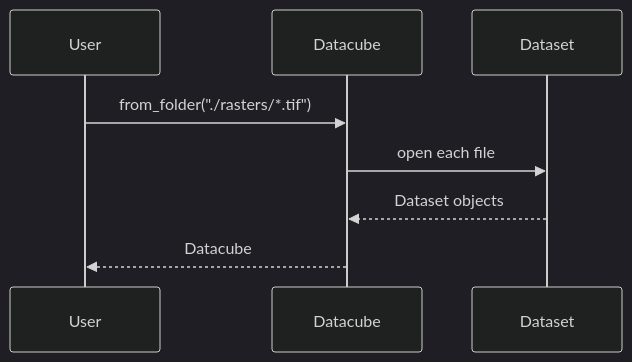
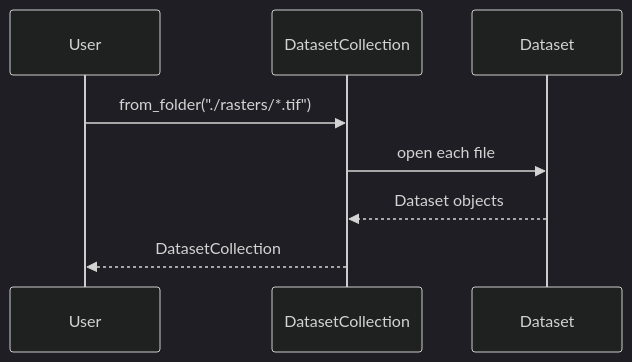
The eighth of 13 diagrams in docs/architecture/diagrams.md (Serapieum-of-alex/pyramids), drawn with Mermaid (dark theme) before and after one commit. The commit also changed other lines of this file and 59 other files, not shown here.

````diff
--- a/docs/architecture/diagrams.md
+++ b/docs/architecture/diagrams.md
@@ -104,10 +104,10 @@
 ```mermaid
 sequenceDiagram
   participant U as User
-  participant DC as Datacube
+  participant DC as DatasetCollection
   participant DS as Dataset
   U->>DC: from_folder("./rasters/*.tif")
   DC->>DS: open each file
   DS-->>DC: Dataset objects
-  DC-->>U: Datacube
+  DC-->>U: DatasetCollection
 ```
````
